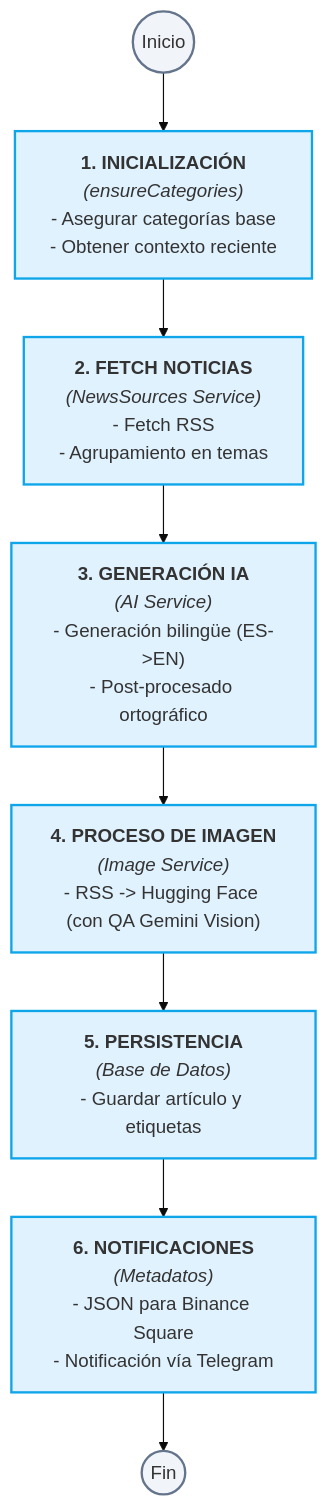
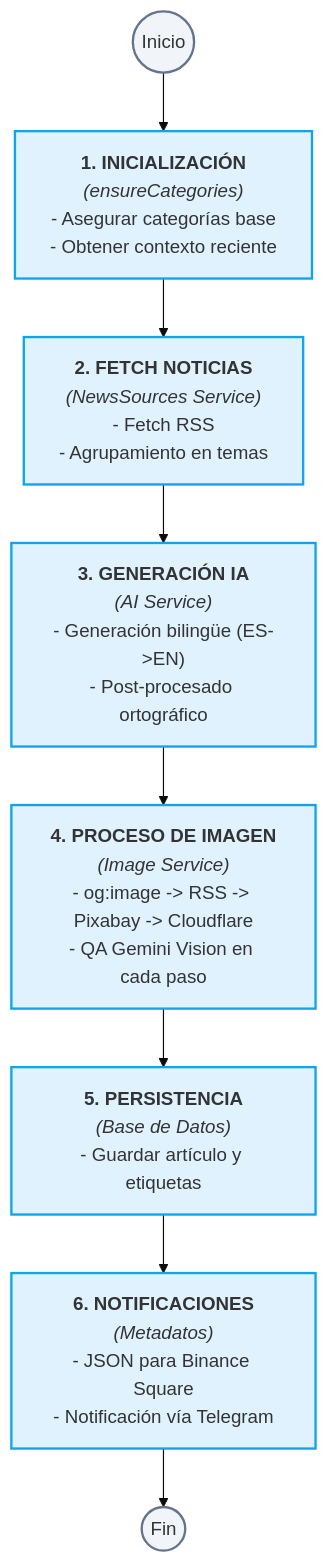
The first of 2 diagrams in docs/04 - Flujos de Trabajo.md (CarlosEmerito/EmeDotEme), drawn with Mermaid (base theme) before and after one commit. The commit also changed other lines of this file and 16 other files, not shown here.

First line of the commit message:
feat(imagenes): cascada de fuentes con og:image, Pixabay y Cloudflare (#31)

````diff
--- a/docs/04 - Flujos de Trabajo.md
+++ b/docs/04 - Flujos de Trabajo.md
@@ -20,22 +20,22 @@
 ```mermaid
 graph TD
     classDef init fill:#f1f5f9,stroke:#64748b,stroke-width:2px;
     classDef step fill:#e0f2fe,stroke:#0ea5e9,stroke-width:2px;
     classDef alert fill:#fef3c7,stroke:#f59e0b,stroke-width:2px;
 
     Start((Inicio)):::init --> Step1
     
     Step1["<b>1. INICIALIZACIÓN</b><br/><i>(ensureCategories)</i><br/>- Asegurar categorías base<br/>- Obtener contexto reciente"]:::step --> Step2
     
     Step2["<b>2. FETCH NOTICIAS</b><br/><i>(NewsSources Service)</i><br/>- Fetch RSS<br/>- Agrupamiento en temas"]:::step --> Step3
     
     Step3["<b>3. GENERACIÓN IA</b><br/><i>(AI Service)</i><br/>- Generación bilingüe (ES->EN)<br/>- Post-procesado ortográfico"]:::step --> Step4
     
-    Step4["<b>4. PROCESO DE IMAGEN</b><br/><i>(Image Service)</i><br/>- RSS -> Hugging Face (con QA Gemini Vision)"]:::step --> Step5
+    Step4["<b>4. PROCESO DE IMAGEN</b><br/><i>(Image Service)</i><br/>- og:image -> RSS -> Pixabay -> Cloudflare<br/>- QA Gemini Vision en cada paso"]:::step --> Step5
     
     Step5["<b>5. PERSISTENCIA</b><br/><i>(Base de Datos)</i><br/>- Guardar artículo y etiquetas"]:::step --> Step6
     
     Step6["<b>6. NOTIFICACIONES</b><br/><i>(Metadatos)</i><br/>- JSON para Binance Square<br/>- Notificación vía Telegram"]:::step
     
     Step6 --> End((Fin)):::init
 ```
````
